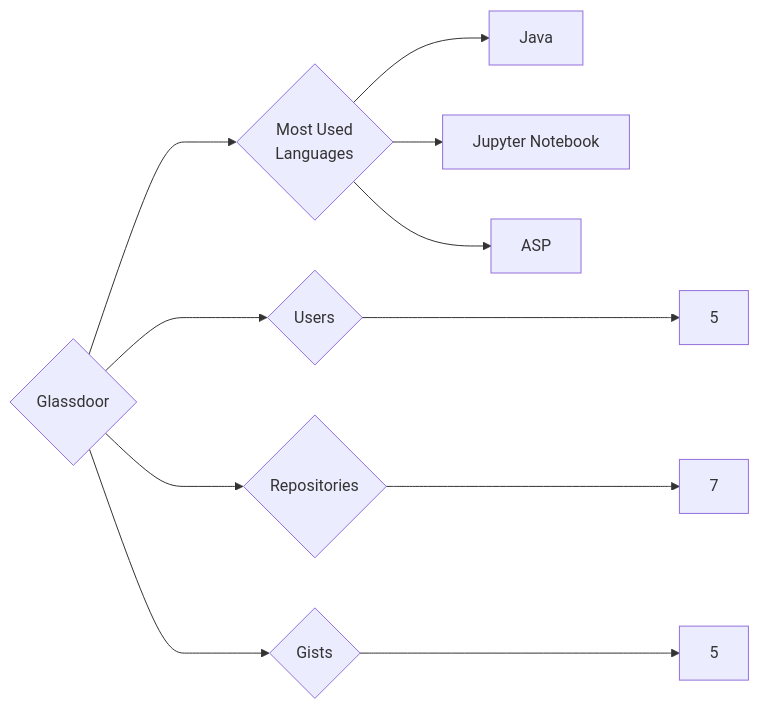
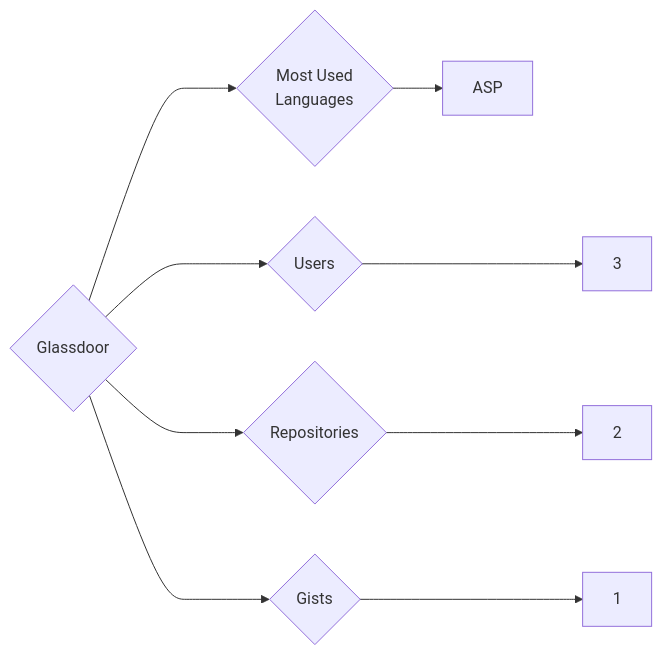
One commit to trickest/insiders changed the diagram in targets/Glassdoor/README.md. Above: the diagram before and after it, drawn with Mermaid. The commit also changed 840 other files, not shown here.

````diff
--- a/targets/Glassdoor/README.md
+++ b/targets/Glassdoor/README.md
@@ -3,11 +3,9 @@
 ```mermaid
 graph LR
 COMPANY_NAME{Glassdoor}
-COMPANY_NAME ---> U{Users} ---> UN[5]
-COMPANY_NAME ---> R{Repositories} ---> RN[7]
-COMPANY_NAME ---> G{Gists} ---> GN[5]
+COMPANY_NAME ---> U{Users} ---> UN[3]
+COMPANY_NAME ---> R{Repositories} ---> RN[2]
+COMPANY_NAME ---> G{Gists} ---> GN[1]
 COMPANY_NAME ---> ML{Most Used<br>Languages}
-ML --> Java[Java]
-ML --> Jupyter_Notebook[Jupyter Notebook]
 ML --> ASP[ASP]
 ```
````
